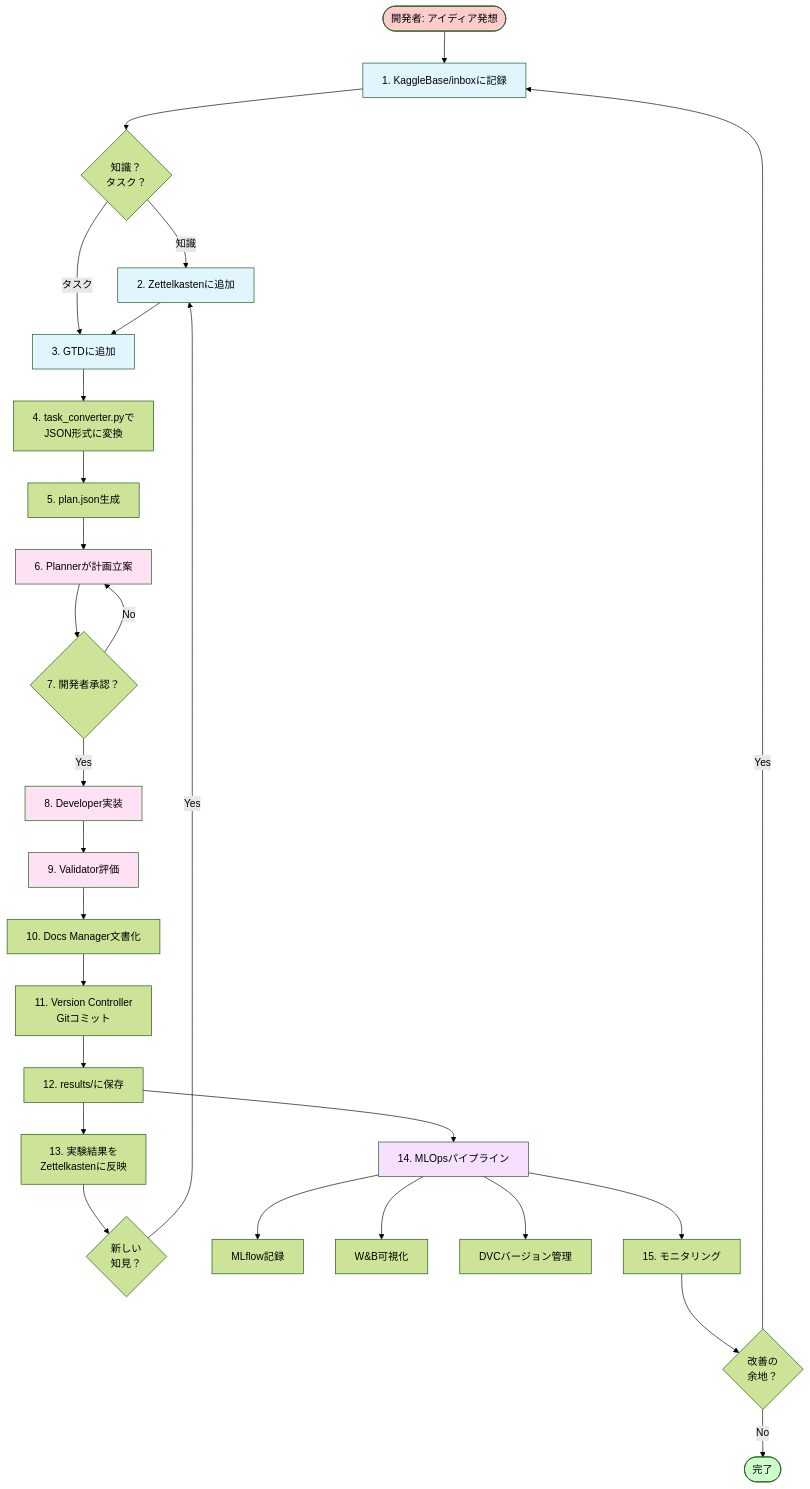
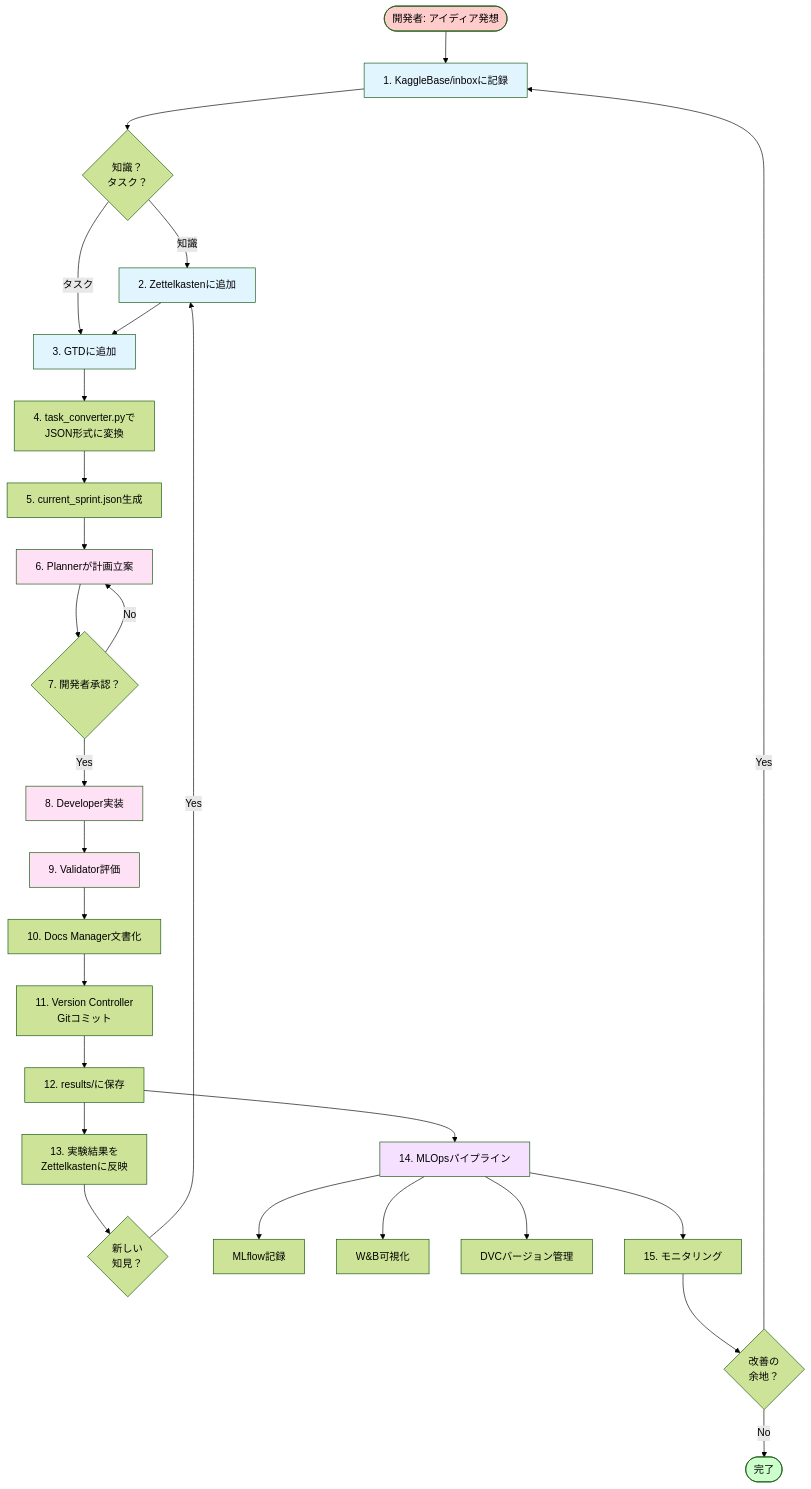
Before and after one commit to takenet193/Kaggle_sandbox: the sixth of 7 diagrams in docs/project_architecture.md, drawn with Mermaid (forest theme). The commit also changed other lines of this file and 107 other files, not shown here.

````diff
--- a/docs/project_architecture.md
+++ b/docs/project_architecture.md
@@ -1570,50 +1570,50 @@
 ```mermaid
 graph TB
     Start([開発者: アイディア発想])
     
     Start --> Inbox[1. KaggleBase/inboxに記録]
     Inbox --> Categorize{知識？<br/>タスク？}
     
     Categorize -->|知識| ZK[2. Zettelkastenに追加]
     Categorize -->|タスク| GTD[3. GTDに追加]
     
     ZK --> GTD
     GTD --> Convert[4. task_converter.pyで<br/>JSON形式に変換]
     
-    Convert --> PlanJSON[5. plan.json生成]
+    Convert --> PlanJSON[5. current_sprint.json生成]
     PlanJSON --> Planner[6. Plannerが計画立案]
     
     Planner --> Approval{7. 開発者承認？}
     Approval -->|No| Planner
     Approval -->|Yes| Developer[8. Developer実装]
     
     Developer --> Validator[9. Validator評価]
     Validator --> DocsManager[10. Docs Manager文書化]
     DocsManager --> VersionControl[11. Version Controller<br/>Gitコミット]
     
     VersionControl --> Results[12. results/に保存]
     Results --> Feedback[13. 実験結果を<br/>Zettelkastenに反映]
     
     Feedback --> NewKnowledge{新しい<br/>知見？}
     NewKnowledge -->|Yes| ZK
     
     Results --> MLOps[14. MLOpsパイプライン]
     MLOps --> MLflow[MLflow記録]
     MLOps --> WandB[W&B可視化]
     MLOps --> DVC[DVCバージョン管理]
     
     MLOps --> Monitor[15. モニタリング]
     Monitor --> Alert{改善の<br/>余地？}
     Alert -->|Yes| Inbox
     Alert -->|No| End([完了])
     
     style Start fill:#ffcccc
     style End fill:#ccffcc
     style Inbox fill:#e1f5ff
     style ZK fill:#e1f5ff
     style GTD fill:#e1f5ff
     style Planner fill:#ffe1f5
     style Developer fill:#ffe1f5
     style Validator fill:#ffe1f5
     style MLOps fill:#f5e1ff
 ```
````
